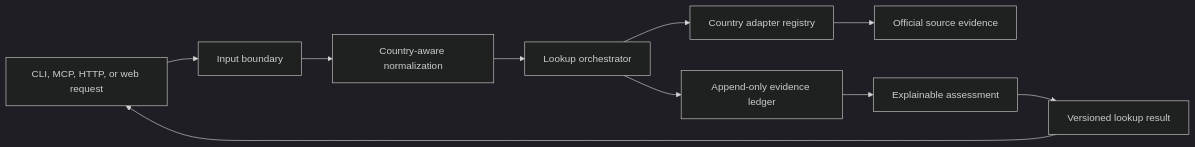
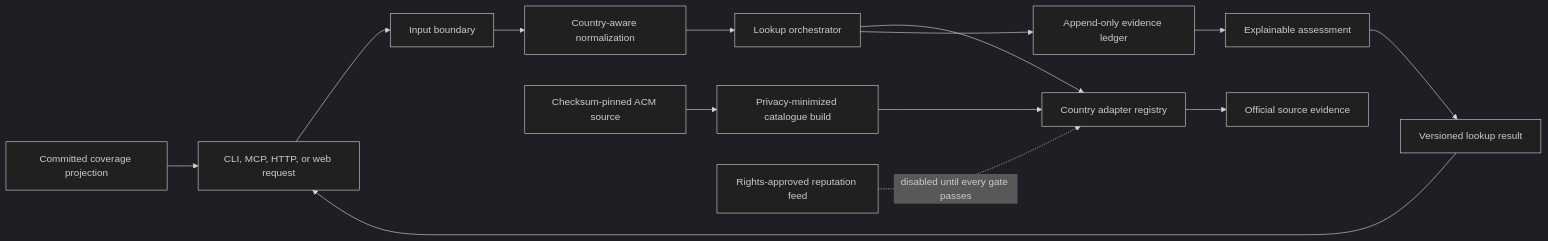
One commit to viggomeesters/callersignal changed the diagram in docs/architecture.md. Above: the diagram before and after it, drawn with Mermaid (dark theme). The commit also changed other lines of this file and 18 other files, not shown here.

````diff
--- a/docs/architecture.md
+++ b/docs/architecture.md
@@ -9,12 +9,16 @@
 ```mermaid
 flowchart LR
     A[CLI, MCP, HTTP, or web request] --> B[Input boundary]
     B --> C[Country-aware normalization]
     C --> D[Lookup orchestrator]
     D --> E[Country adapter registry]
     E --> F[Official source evidence]
     D --> G[Append-only evidence ledger]
     G --> H[Explainable assessment]
     H --> I[Versioned lookup result]
     I --> A
+    J[Checksum-pinned ACM source] --> K[Privacy-minimized catalogue build]
+    K --> E
+    L[Rights-approved reputation feed] -. disabled until every gate passes .-> E
+    M[Committed coverage projection] --> A
 ```
````
